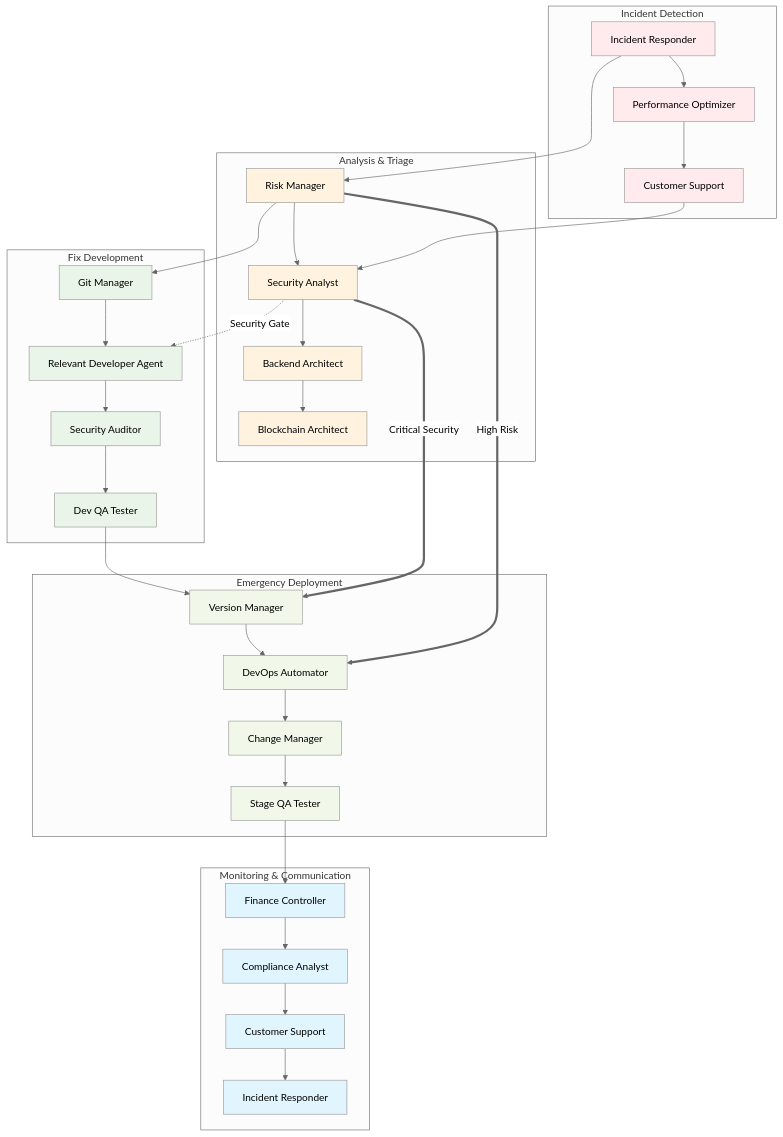
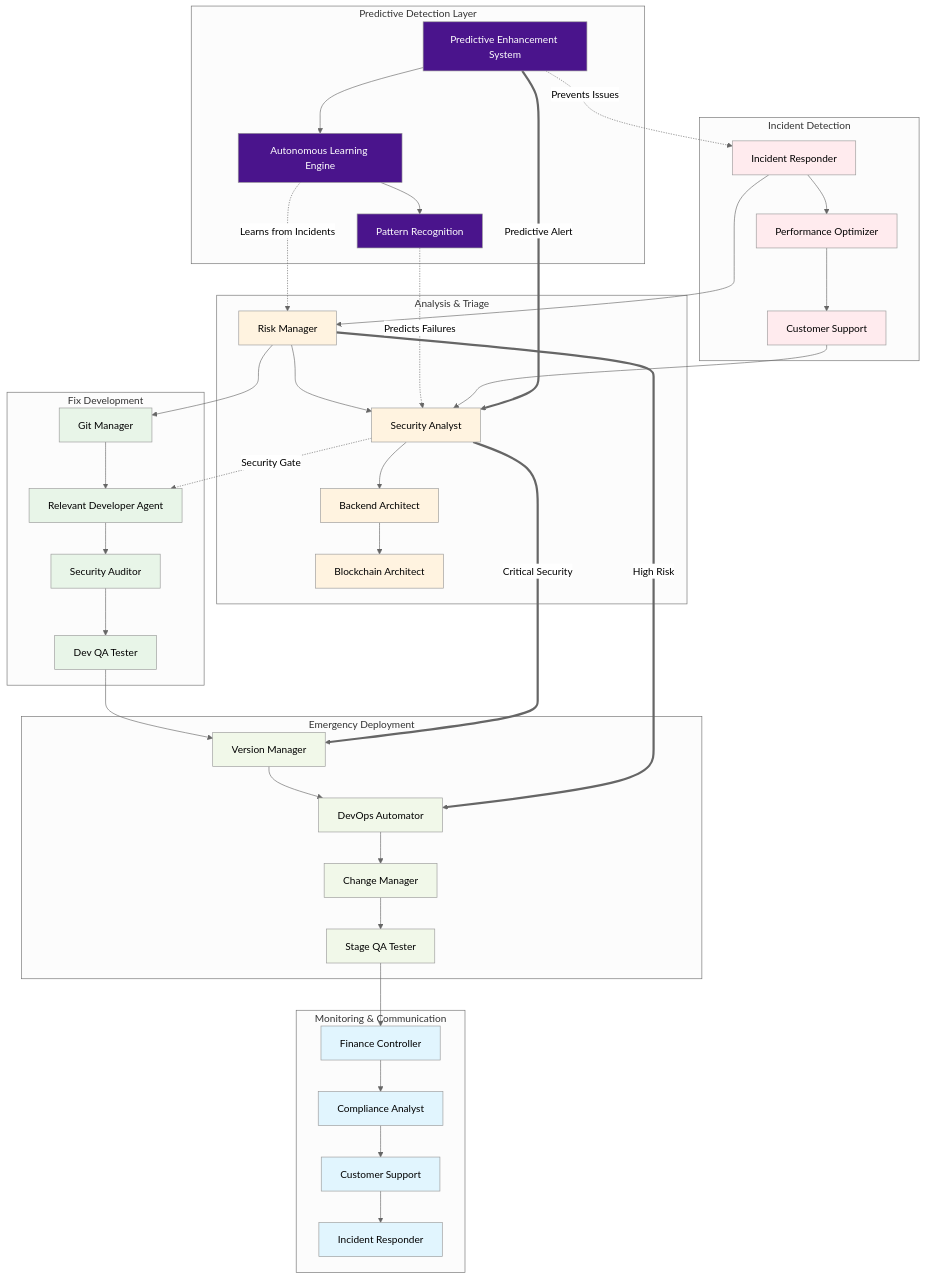
One commit to mdastpak/agents changed the fourth of 13 diagrams in AGENT-WORKFLOW-DIAGRAMS.md. Above: the diagram before and after it, drawn with Mermaid (neutral theme). The commit also changed other lines of this file and 14 other files, not shown here.

````diff
--- a/AGENT-WORKFLOW-DIAGRAMS.md
+++ b/AGENT-WORKFLOW-DIAGRAMS.md
@@ -93,55 +254,68 @@
 ```mermaid
 graph TD
+    subgraph "Predictive Detection Layer"
+        PD1[Predictive Enhancement System] --> PD2[Autonomous Learning Engine]
+        PD2 --> PD3[Pattern Recognition]
+    end
+
     subgraph "Incident Detection"
         A[Incident Responder] --> B[Performance Optimizer]
         B --> C[Customer Support]
     end
 
     subgraph "Analysis & Triage"
         D[Risk Manager] --> E[Security Analyst]
         E --> F[Backend Architect]
         F --> G[Blockchain Architect]
     end
 
     subgraph "Fix Development"
         H[Git Manager] --> I[Relevant Developer Agent]
         I --> J[Security Auditor]
         J --> K[Dev QA Tester]
     end
 
     subgraph "Emergency Deployment"
         L[Version Manager] --> M[DevOps Automator]
         M --> N[Change Manager]
         N --> O[Stage QA Tester]
     end
 
     subgraph "Monitoring & Communication"
         P[Finance Controller] --> Q[Compliance Analyst]
         Q --> R[Customer Support]
         R --> S[Incident Responder]
     end
 
+    %% Predictive intelligence enhancement
+    PD1 -.->|Prevents Issues| A
+    PD2 -.->|Learns from Incidents| D
+    PD3 -.->|Predicts Failures| E
+
     %% Critical path
     A --> D
     C --> E
     D --> H
     E -.->|Security Gate| I
     K --> L
     O --> P
 
-    %% Emergency escalation
+    %% Emergency escalation with predictive alerts
+    PD1 ==>|Predictive Alert| E
     E ==>|Critical Security| L
     D ==>|High Risk| M
 
+    classDef predictive fill:#4a148c,color:#fff
     classDef incident fill:#ffebee
     classDef analysis fill:#fff3e0
     classDef development fill:#e8f5e8
     classDef deployment fill:#f1f8e9
     classDef monitoring fill:#e1f5fe
 
+    class PD1,PD2,PD3 predictive
     class A,B,C incident
     class D,E,F,G analysis
     class H,I,J,K development
     class L,M,N,O deployment
     class P,Q,R,S monitoring
 ```
````
